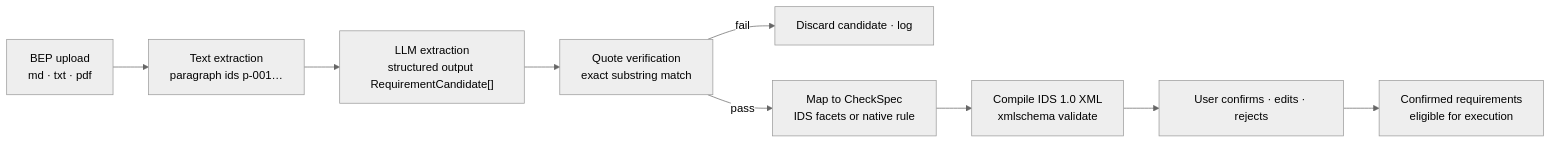
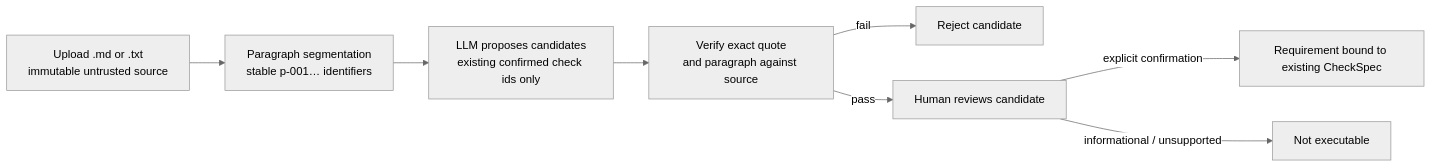
Before and after one commit to natnew/BIM-Intelligence: the sixth of 9 diagrams in docs/ARCHITECTURE.md, drawn with Mermaid (neutral theme). The commit also changed other lines of this file and 59 other files, not shown here.

````diff
--- a/docs/ARCHITECTURE.md
+++ b/docs/ARCHITECTURE.md
@@ -367,11 +379,10 @@
 ```mermaid
 flowchart LR
-    D["BEP upload<br/>md · txt · pdf"] --> T["Text extraction<br/>paragraph ids p-001…"]
-    T --> C["LLM extraction<br/>structured output RequirementCandidate[]"]
-    C --> Q["Quote verification<br/>exact substring match"]
-    Q -->|"fail"| X["Discard candidate · log"]
-    Q -->|"pass"| M["Map to CheckSpec<br/>IDS facets or native rule"]
-    M --> K["Compile IDS 1.0 XML<br/>xmlschema validate"]
-    K --> U["User confirms · edits · rejects"]
-    U --> R["Confirmed requirements<br/>eligible for execution"]
+    D["Upload .md or .txt<br/>immutable untrusted source"] --> T["Paragraph segmentation<br/>stable p-001… identifiers"]
+    T --> C["LLM proposes candidates<br/>existing confirmed check ids only"]
+    C --> Q["Verify exact quote<br/>and paragraph against source"]
+    Q -->|"fail"| X["Reject candidate"]
+    Q -->|"pass"| H["Human reviews candidate"]
+    H -->|"explicit confirmation"| R["Requirement bound to existing CheckSpec"]
+    H -->|"informational / unsupported"| I["Not executable"]
 ```
````
